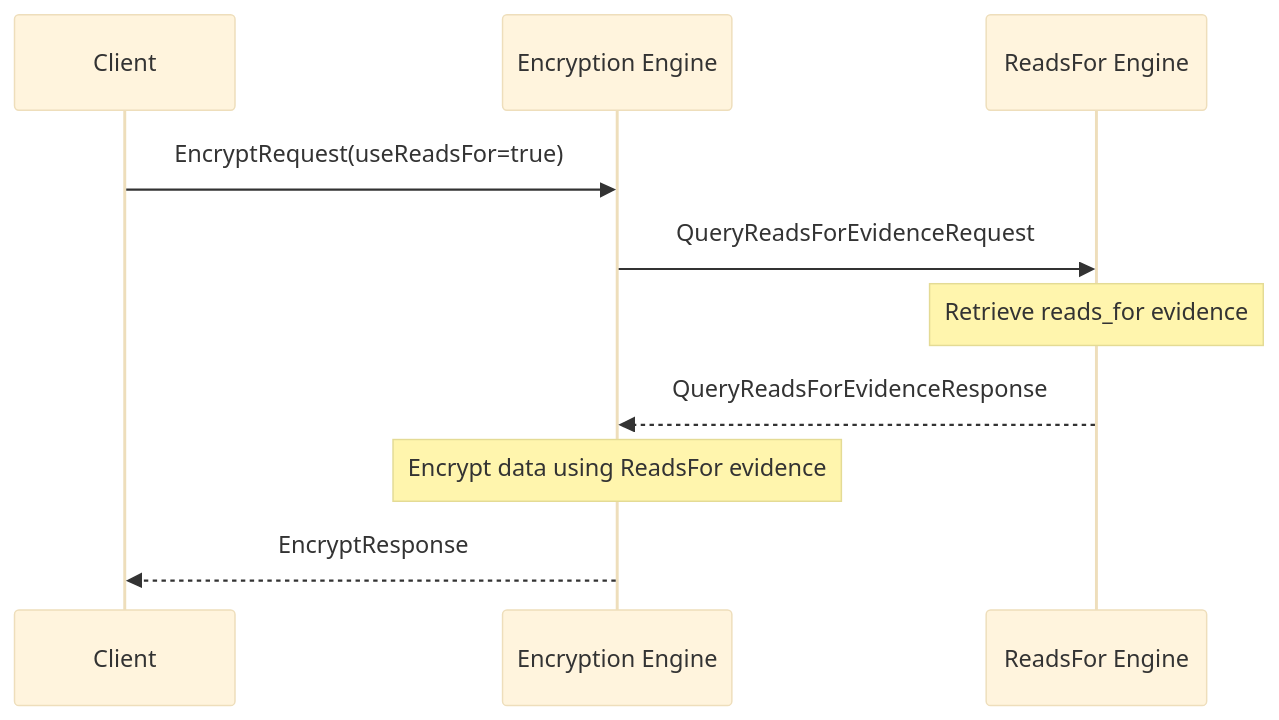
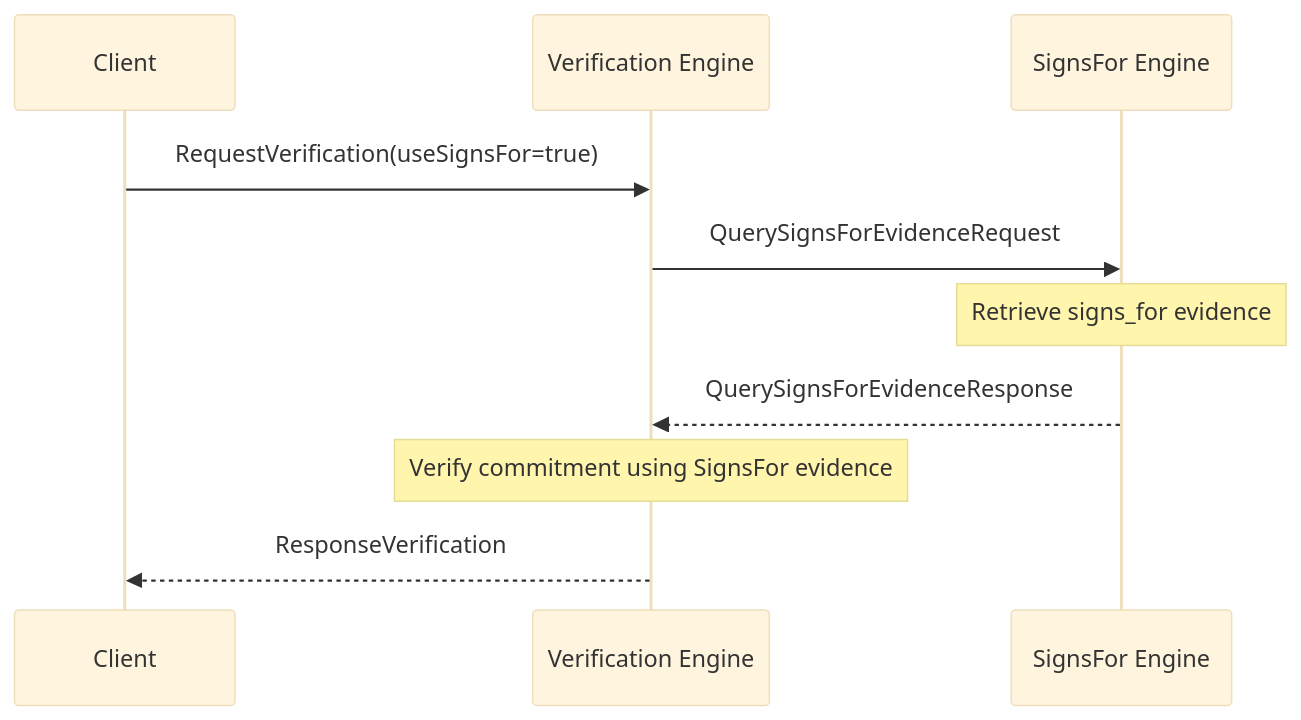
The second of 2 diagrams in docs/arch/node/engines/verification_messages.juvix.md (anoma/nspec), drawn with Mermaid (base theme) before and after one commit. The commit also changed other lines of this file and 7 other files, not shown here.

````diff
--- a/docs/arch/node/engines/verification_messages.juvix.md
+++ b/docs/arch/node/engines/verification_messages.juvix.md
@@ -101,13 +107,13 @@
 ```mermaid
 sequenceDiagram
     participant C as Client
-    participant EE as Encryption Engine
-    participant RF as ReadsFor Engine
+    participant VE as Verification Engine
+    participant SF as SignsFor Engine
 
-    C->>EE: EncryptRequest(useReadsFor=true)
-    EE->>RF: QueryReadsForEvidenceRequest
-    Note over RF: Retrieve reads_for evidence
-    RF-->>EE: QueryReadsForEvidenceResponse
-    Note over EE: Encrypt data using ReadsFor evidence
-    EE-->>C: EncryptResponse
+    C->>VE: RequestVerification(useSignsFor=true)
+    VE->>SF: QuerySignsForEvidenceRequest
+    Note over SF: Retrieve signs_for evidence
+    SF-->>VE: QuerySignsForEvidenceResponse
+    Note over VE: Verify commitment using SignsFor evidence
+    VE-->>C: ResponseVerification
 ```
````
